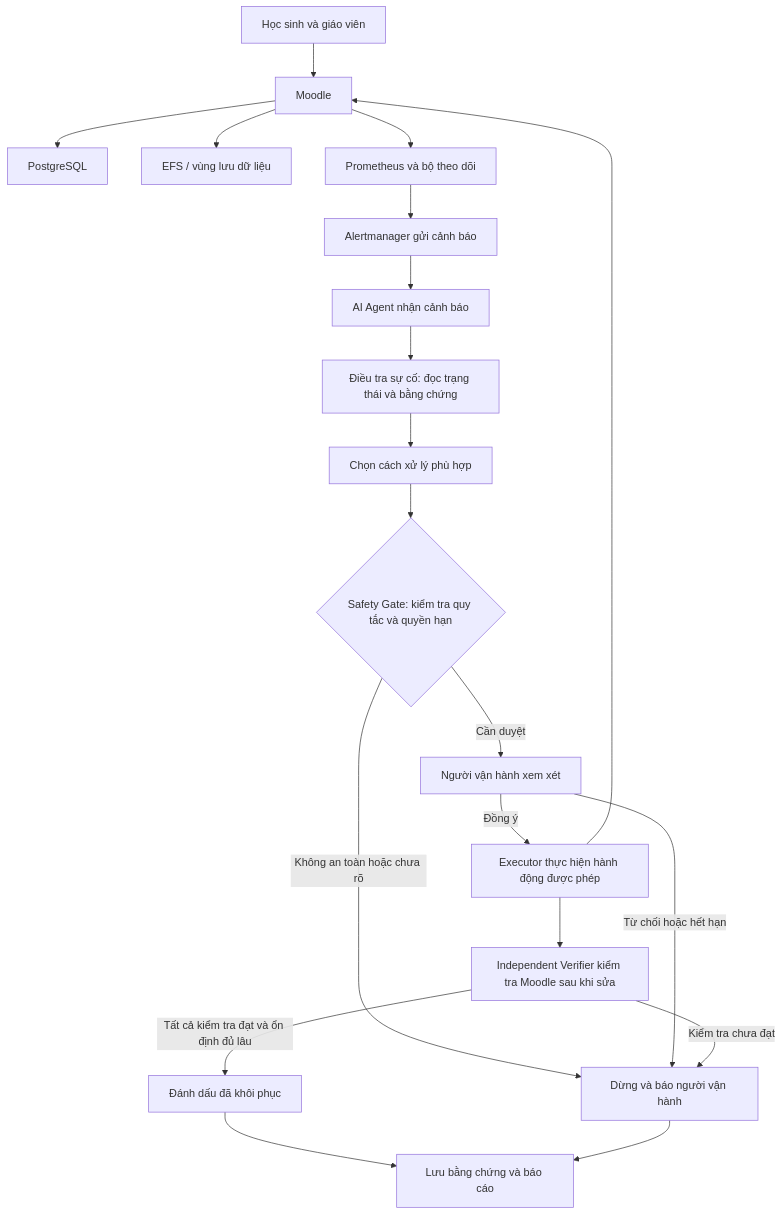
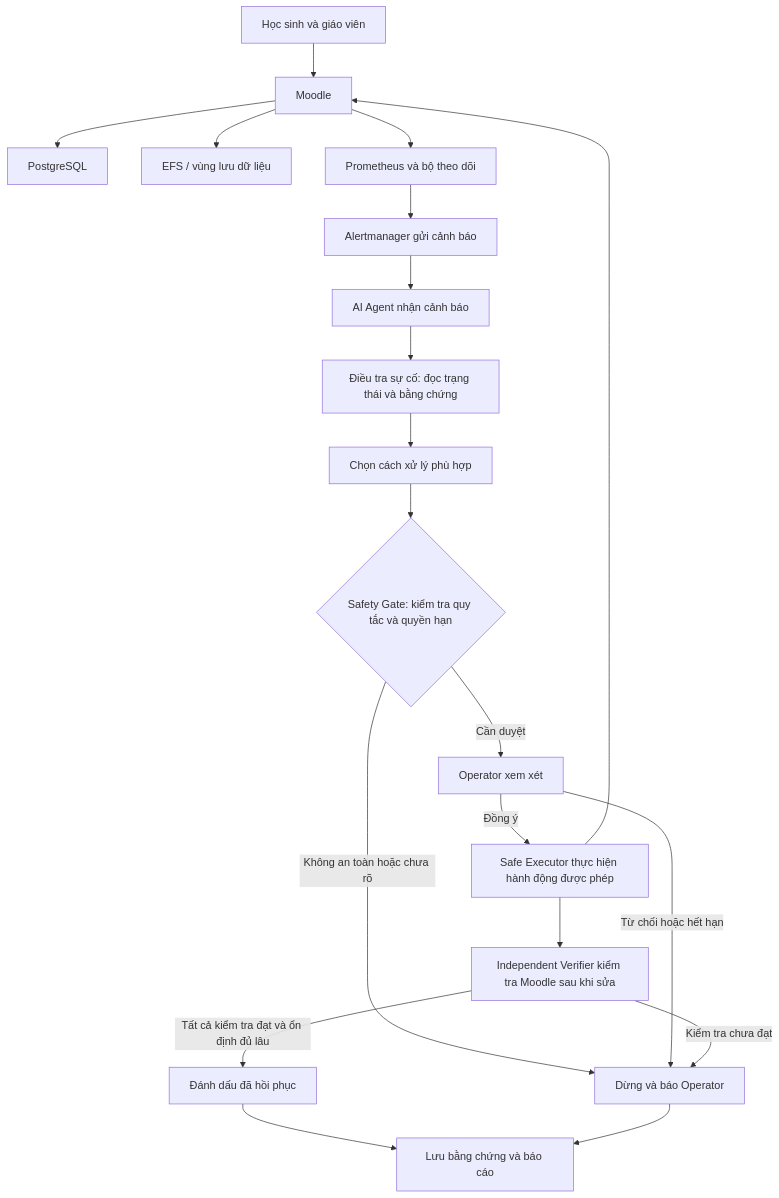
Before and after one commit to Benjaminnhnn/Building-a-safe-and-verifiable-AI-agent-framework-for-infrastructure-operations: the second of 6 diagrams in thesis/chuong-3-thiet-ke.md, drawn with Mermaid. The commit also changed other lines of this file and 13 other files, not shown here.

````diff
--- a/thesis/chuong-3-thiet-ke.md
+++ b/thesis/chuong-3-thiet-ke.md
@@ -159,22 +163,22 @@
 ```mermaid
 flowchart TD
     U["Học sinh và giáo viên"] --> M["Moodle"]
     M --> PG["PostgreSQL"]
     M --> EF["EFS / vùng lưu dữ liệu"]
     M --> PR["Prometheus và bộ theo dõi"]
     PR --> AM["Alertmanager gửi cảnh báo"]
     AM --> AG["AI Agent nhận cảnh báo"]
     AG --> INV["Điều tra sự cố: đọc trạng thái và bằng chứng"]
     INV --> CH["Chọn cách xử lý phù hợp"]
     CH --> SG{"Safety Gate: kiểm tra quy tắc và quyền hạn"}
-    SG -->|"Cần duyệt"| OP["Người vận hành xem xét"]
-    SG -->|"Không an toàn hoặc chưa rõ"| STOP["Dừng và báo người vận hành"]
-    OP -->|"Đồng ý"| EX["Executor thực hiện hành động được phép"]
+    SG -->|"Cần duyệt"| OP["Operator xem xét"]
+    SG -->|"Không an toàn hoặc chưa rõ"| STOP["Dừng và báo Operator"]
+    OP -->|"Đồng ý"| EX["Safe Executor thực hiện hành động được phép"]
     OP -->|"Từ chối hoặc hết hạn"| STOP
     EX --> M
     EX --> VER["Independent Verifier kiểm tra Moodle sau khi sửa"]
-    VER -->|"Tất cả kiểm tra đạt và ổn định đủ lâu"| REC["Đánh dấu đã khôi phục"]
+    VER -->|"Tất cả kiểm tra đạt và ổn định đủ lâu"| REC["Đánh dấu đã hồi phục"]
     VER -->|"Kiểm tra chưa đạt"| STOP
     REC --> EVD["Lưu bằng chứng và báo cáo"]
     STOP --> EVD
 ```
````
